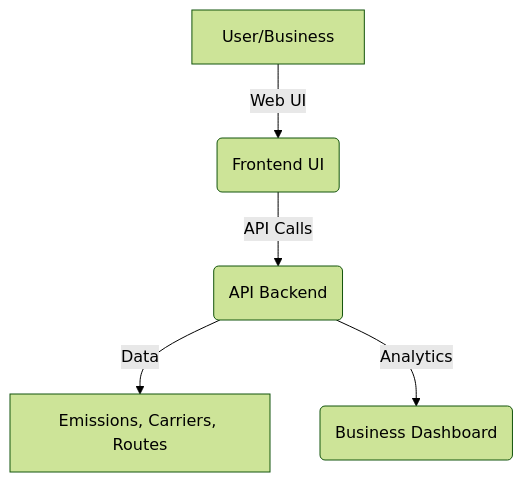
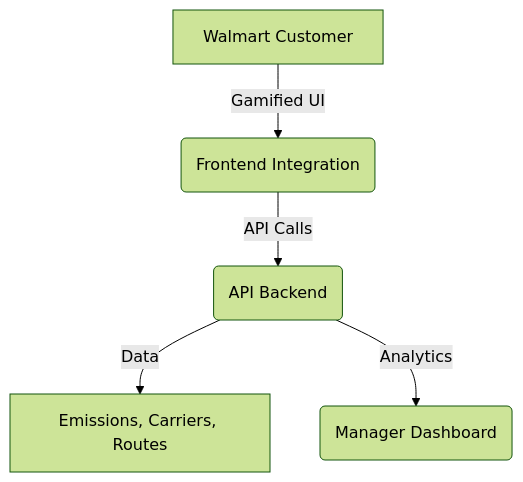
The diagram in README.md (shrxya1810/RouteZero), drawn with Mermaid (forest theme) before and after one commit. The commit also changed other lines of this file, not shown here.

````diff
--- a/README.md
+++ b/README.md
@@ -26,7 +35,7 @@
 ```mermaid
 graph TD;
-  A[User/Business] -->|Web UI| B(Frontend UI)
+  A[Walmart Customer] -->|Gamified UI| B(Frontend Integration)
   B -->|API Calls| C(API Backend)
   C -->|Data| D[Emissions, Carriers, Routes]
-  C -->|Analytics| E(Business Dashboard)
+  C -->|Analytics| E(Manager Dashboard)
 ```
````
